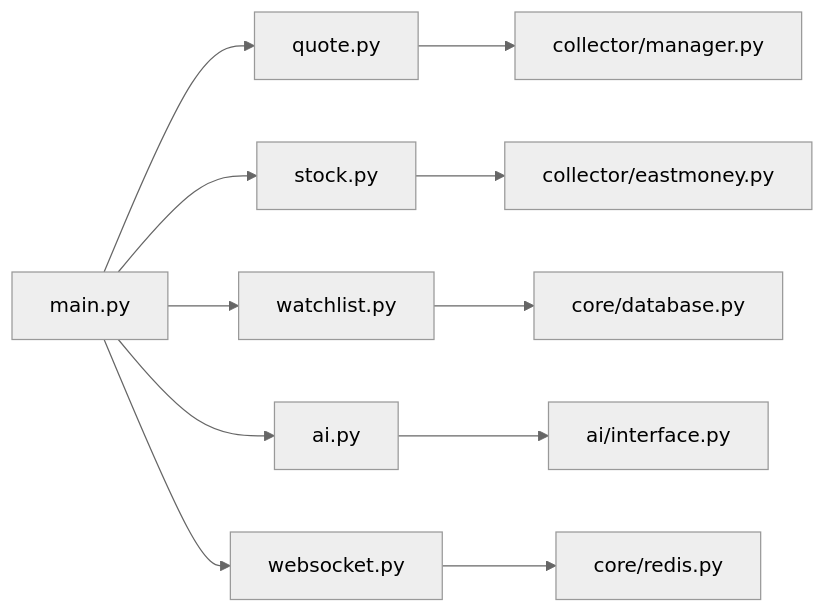
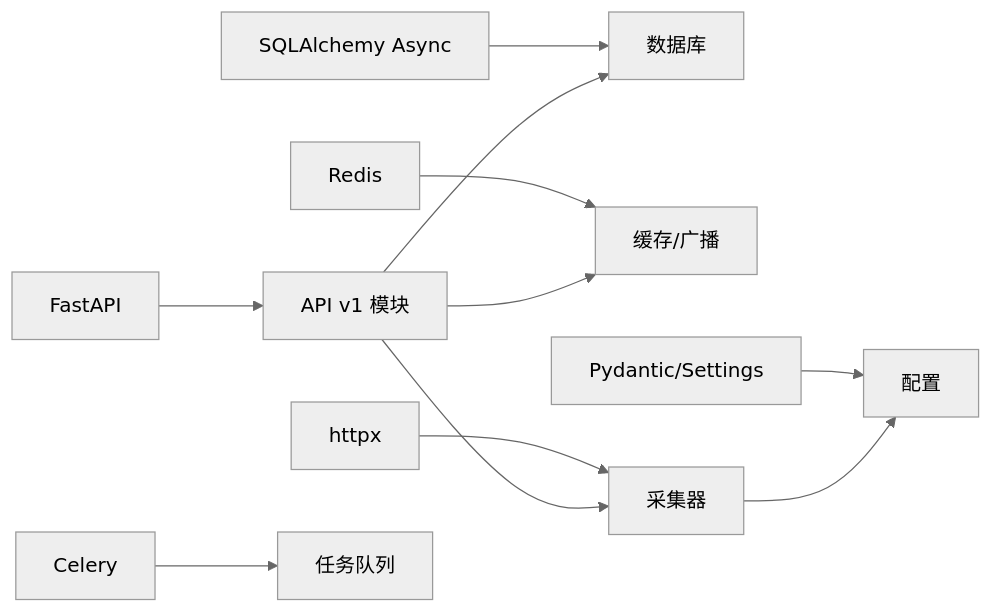
One commit to We3le7/stock-view changed the seventh of 7 diagrams in .qoder/repowiki/zh/content/后端开发/后端开发.md. Above: the diagram before and after it, drawn with Mermaid (neutral theme). The commit also changed other lines of this file and 142 other files, not shown here.

````diff
--- a/.qoder/repowiki/zh/content/后端开发/后端开发.md
+++ b/.qoder/repowiki/zh/content/后端开发/后端开发.md
@@ -462,13 +386,13 @@
 ```mermaid
 graph LR
-API_Q["quote.py"] --> SVC_M["collector/manager.py"]
-API_S["stock.py"] --> SVC_EM["collector/eastmoney.py"]
-API_W["watchlist.py"] --> DB["core/database.py"]
-API_AI["ai.py"] --> AI_IF["ai/interface.py"]
-API_WS["websocket.py"] --> CORE_R["core/redis.py"]
-MAIN["main.py"] --> API_Q
-MAIN --> API_S
-MAIN --> API_W
-MAIN --> API_AI
-MAIN --> API_WS
+FastAPI["FastAPI"] --> APIv1["API v1 模块"]
+SQLAlchemy["SQLAlchemy Async"] --> DB["数据库"]
+Redis["Redis"] --> Cache["缓存/广播"]
+httpx["httpx"] --> Collector["采集器"]
+Pydantic["Pydantic/Settings"] --> Config["配置"]
+Celery --> TaskQ["任务队列"]
+APIv1 --> DB
+APIv1 --> Cache
+APIv1 --> Collector
+Collector --> Config
 ```
````
